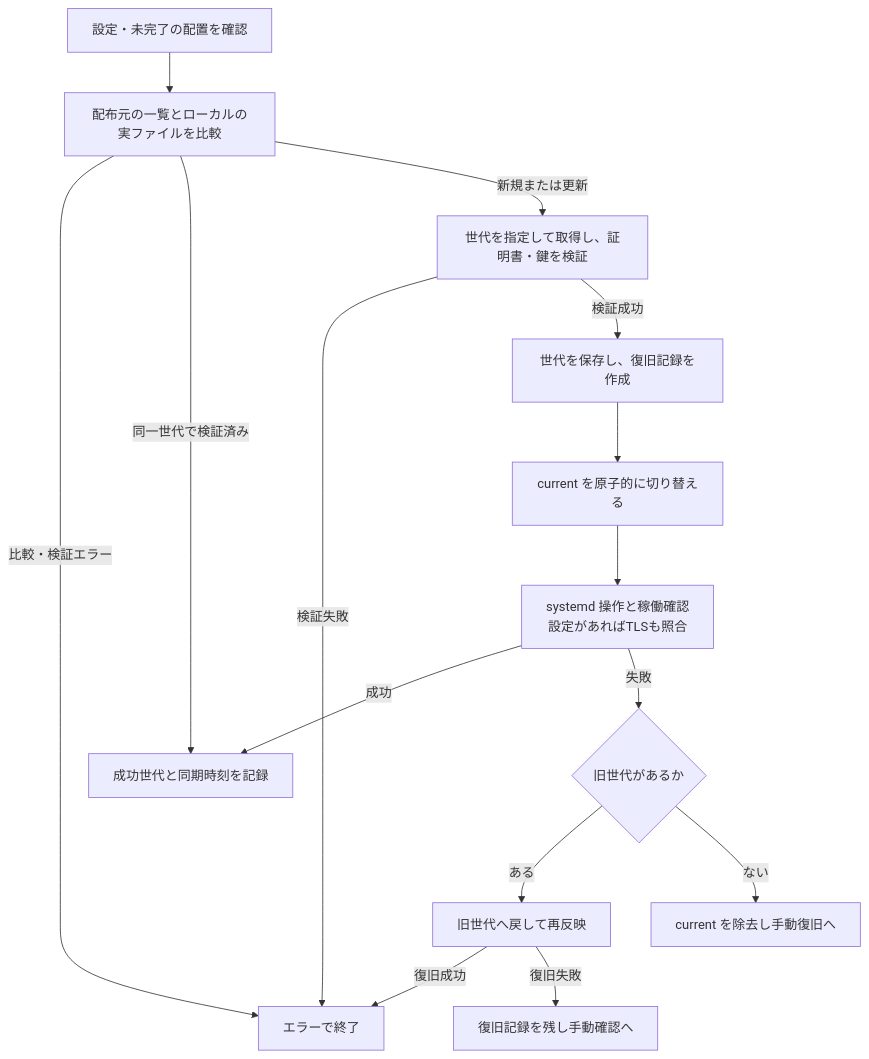
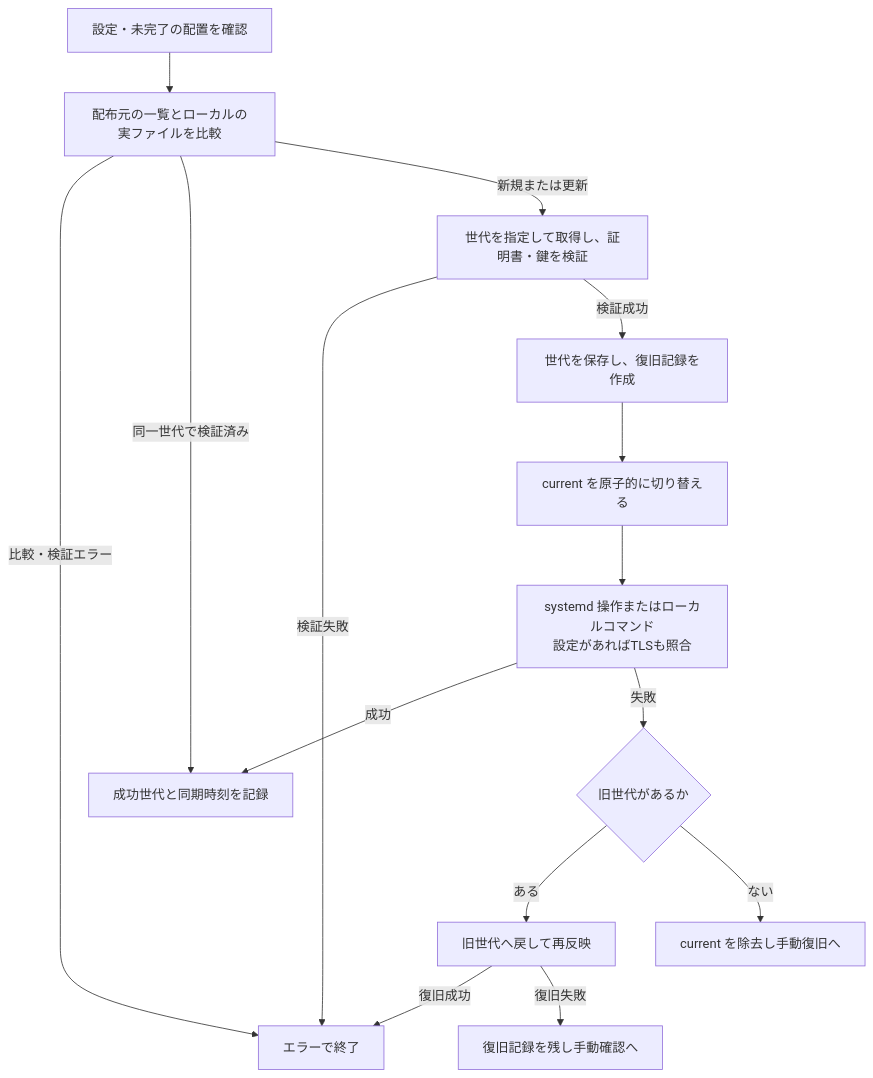
Before and after one commit to Surigoma/CertPouch: the diagram in docs/SPEC/04-certificate-deployment.md, drawn with Mermaid. The commit also changed other lines of this file and 10 other files, not shown here.

````diff
--- a/docs/SPEC/04-certificate-deployment.md
+++ b/docs/SPEC/04-certificate-deployment.md
@@ -53,17 +53,17 @@
 ```mermaid
 flowchart TD
     Start["設定・未完了の配置を確認"] --> Check["配布元の一覧とローカルの実ファイルを比較"]
     Check -->|比較・検証エラー| Stop["エラーで終了"]
     Check -->|同一世代で検証済み| Record["成功世代と同期時刻を記録"]
     Check -->|新規または更新| Fetch["世代を指定して取得し、証明書・鍵を検証"]
     Fetch -->|検証失敗| Stop
     Fetch -->|検証成功| Stage["世代を保存し、復旧記録を作成"]
     Stage --> Switch["current を原子的に切り替える"]
-    Switch --> Apply["systemd 操作と稼働確認<br/>設定があればTLSも照合"]
+    Switch --> Apply["systemd 操作またはローカルコマンド<br/>設定があればTLSも照合"]
     Apply -->|成功| Record
     Apply -->|失敗| Prior{"旧世代があるか"}
     Prior -->|ある| Rollback["旧世代へ戻して再反映"]
     Prior -->|ない| Manual["current を除去し手動復旧へ"]
     Rollback -->|復旧成功| Stop
     Rollback -->|復旧失敗| Inspect["復旧記録を残し手動確認へ"]
 ```
````
